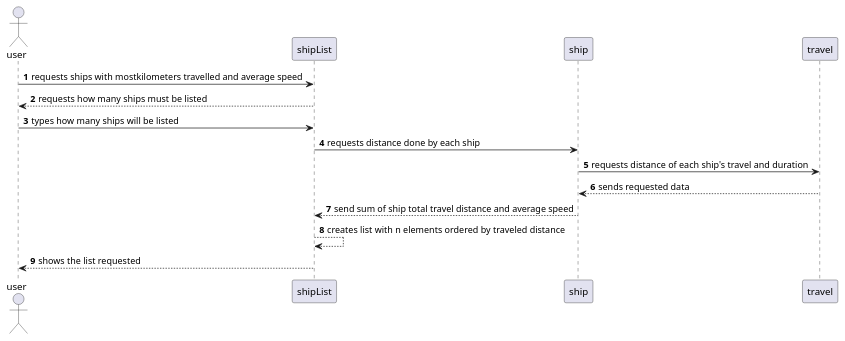
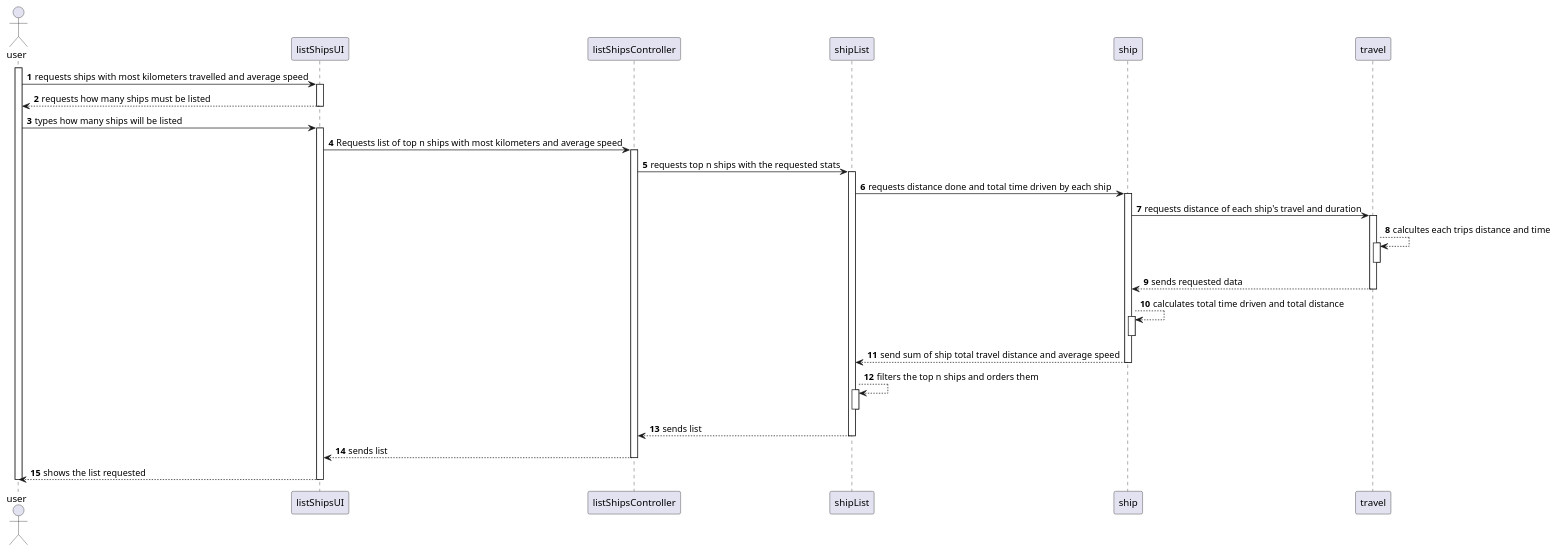
One commit to mpoboas/lapr3-2021-g102 changed the diagram in docs/Sprint1/US106/SD.puml. Above: the diagram before and after it, drawn with PlantUML. The commit also changed 8 other files, not shown here.

```diff
--- a/docs/Sprint1/US106/SD.puml
+++ b/docs/Sprint1/US106/SD.puml
@@ -1,16 +1,44 @@
 @startuml
 actor user as usr
+participant  listShipsUI as UI
+participant listShipsController as Controller
 participant shipList as sl
 participant ship as ship
 participant travel as travel
 autonumber
-usr -> sl : requests ships with mostkilometers travelled and average speed
-sl --> usr : requests how many ships must be listed
-usr -> sl: types how many ships will be listed
-sl -> ship : requests distance done by each ship
+activate usr
+usr -> UI : requests ships with most kilometers travelled and average speed
+activate UI
+UI --> usr : requests how many ships must be listed
+deactivate UI
+usr -> UI: types how many ships will be listed
+activate UI
+UI -> Controller : Requests list of top n ships with most kilometers and average speed
+activate Controller
+Controller -> sl : requests top n ships with the requested stats
+activate sl
+sl -> ship : requests distance done and total time driven by each ship
+activate ship
 ship -> travel: requests distance of each ship's travel and duration
+activate travel
+travel --> travel : calcultes each trips distance and time
+activate travel
+deactivate travel
 travel --> ship: sends requested data
+deactivate travel
+ship -->ship : calculates total time driven and total distance
+activate ship
+deactivate ship
 ship --> sl : send sum of ship total travel distance and average speed
-sl -->sl : creates list with n elements ordered by traveled distance
-sl --> usr : shows the list requested
+deactivate ship
+sl -->sl : filters the top n ships and orders them
+activate sl
+deactivate sl
+sl --> Controller : sends list
+deactivate sl
+Controller --> UI :  sends list
+deactivate Controller
+UI --> usr : shows the list requested
+deactivate UI
+deactivate usr
 @enduml
```
